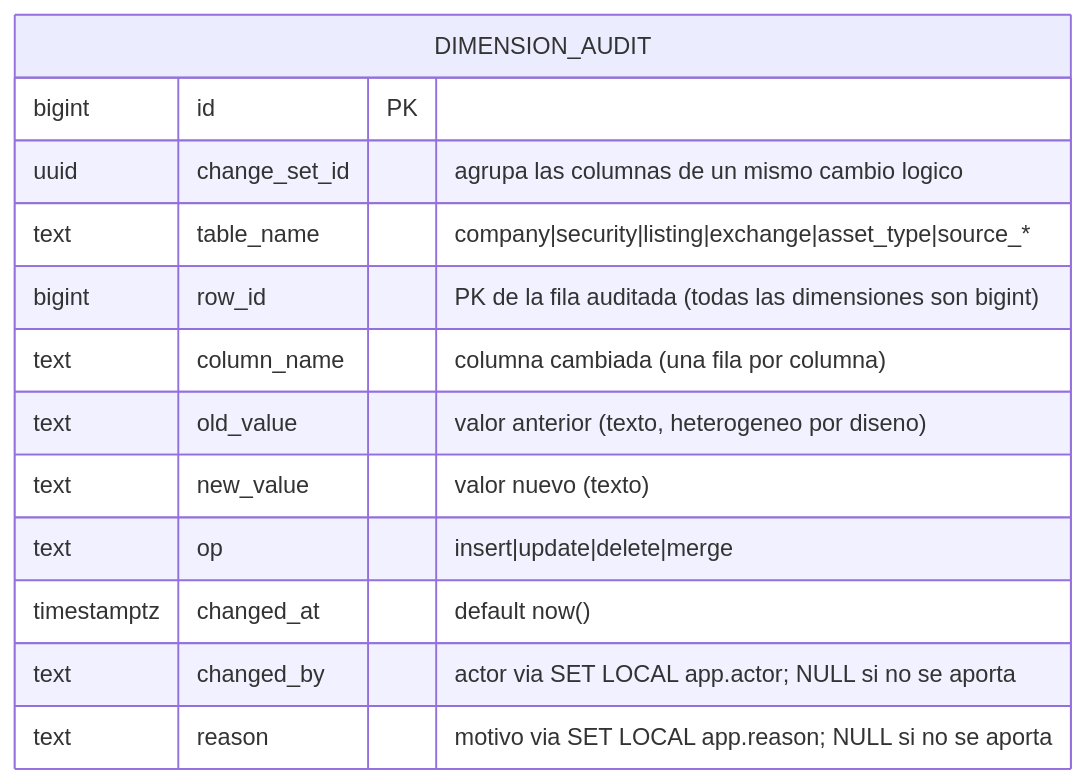
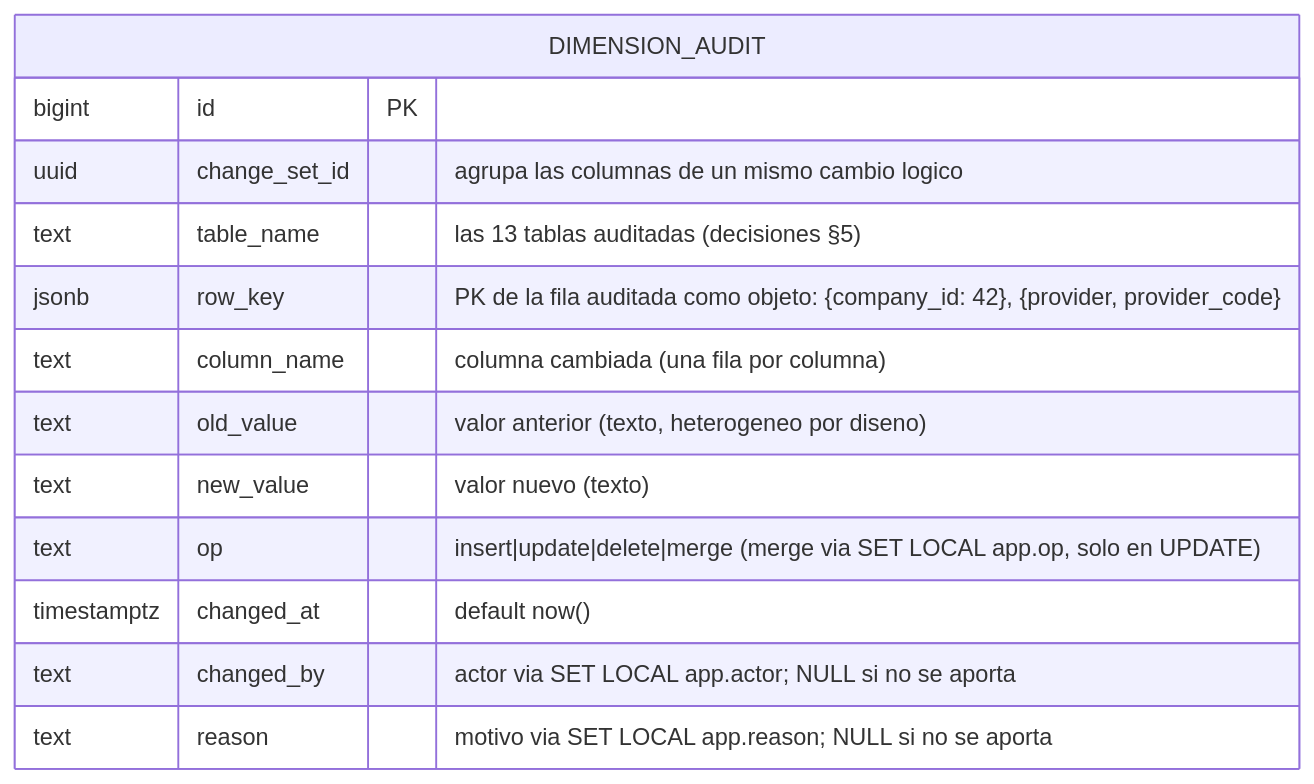
One commit to DavidPayan8/second-hero-data changed the first of 2 diagrams in docs/modelo/modelo-entidades-auditoria.md. Above: the diagram before and after it, drawn with Mermaid. The commit also changed other lines of this file and 5 other files, not shown here.

First line of the commit message:
Modelo: clave de fila como jsonb en dimension_audit y data_quality_finding (P10), unicidad y estados de findings (P11)

````diff
--- a/docs/modelo/modelo-entidades-auditoria.md
+++ b/docs/modelo/modelo-entidades-auditoria.md
@@ -5,16 +5,16 @@
 ```mermaid
 erDiagram
   DIMENSION_AUDIT {
     bigint id PK
     uuid change_set_id "agrupa las columnas de un mismo cambio logico"
-    text table_name "company|security|listing|exchange|asset_type|source_*"
-    bigint row_id "PK de la fila auditada (todas las dimensiones son bigint)"
+    text table_name "las 13 tablas auditadas (decisiones §5)"
+    jsonb row_key "PK de la fila auditada como objeto: {company_id: 42}, {provider, provider_code}"
     text column_name "columna cambiada (una fila por columna)"
     text old_value "valor anterior (texto, heterogeneo por diseno)"
     text new_value "valor nuevo (texto)"
-    text op "insert|update|delete|merge"
+    text op "insert|update|delete|merge (merge via SET LOCAL app.op, solo en UPDATE)"
     timestamptz changed_at "default now()"
     text changed_by "actor via SET LOCAL app.actor; NULL si no se aporta"
     text reason "motivo via SET LOCAL app.reason; NULL si no se aporta"
   }
 ```
````
